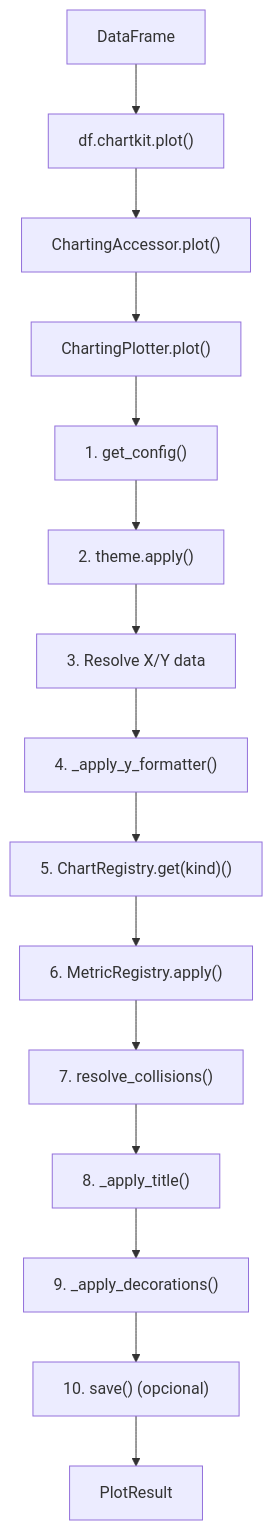
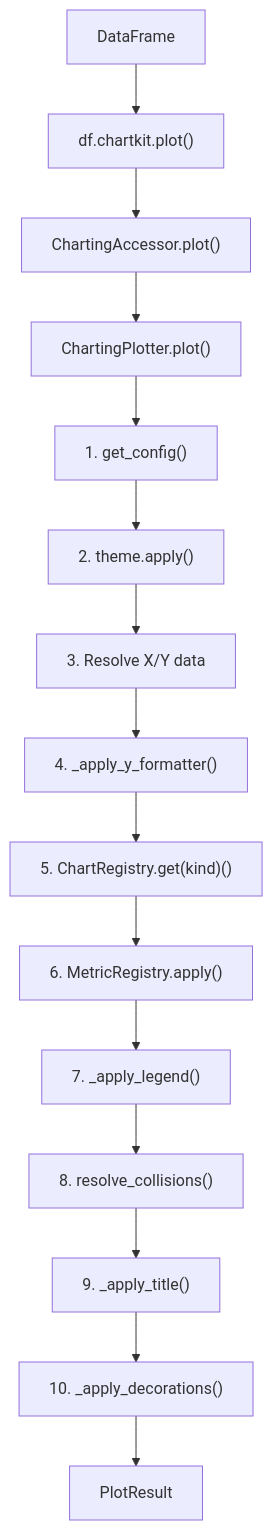
Before and after one commit to enzoomoreira/chartkit: the diagram in docs/contributing/architecture.md, drawn with Mermaid. The commit also changed other lines of this file and 10 other files, not shown here.

````diff
--- a/docs/contributing/architecture.md
+++ b/docs/contributing/architecture.md
@@ -72,18 +73,18 @@
 ```mermaid
 flowchart TD
     A[DataFrame] --> B["df.chartkit.plot()"]
     B --> C["ChartingAccessor.plot()"]
     C --> D["ChartingPlotter.plot()"]
 
     D --> D1["1. get_config()"]
     D1 --> D2["2. theme.apply()"]
     D2 --> D3["3. Resolve X/Y data"]
     D3 --> D4["4. _apply_y_formatter()"]
     D4 --> D5["5. ChartRegistry.get(kind)()"]
     D5 --> D6["6. MetricRegistry.apply()"]
-    D6 --> D7["7. resolve_collisions()"]
-    D7 --> D8["8. _apply_title()"]
-    D8 --> D9["9. _apply_decorations()"]
-    D9 --> D10["10. save() (opcional)"]
-    D10 --> E["PlotResult"]
+    D6 --> D6b["7. _apply_legend()"]
+    D6b --> D7["8. resolve_collisions()"]
+    D7 --> D8["9. _apply_title()"]
+    D8 --> D9["10. _apply_decorations()"]
+    D9 --> E["PlotResult"]
 ```
````
